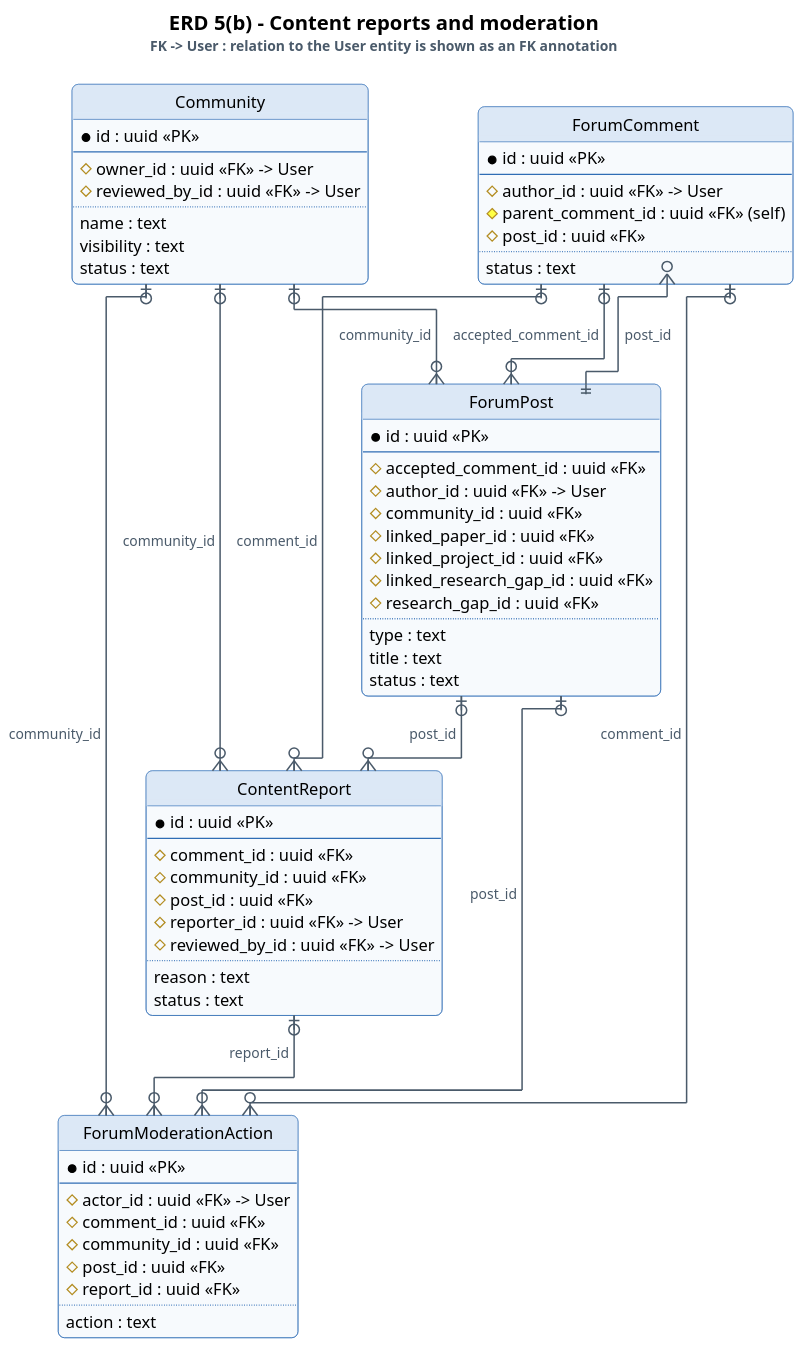
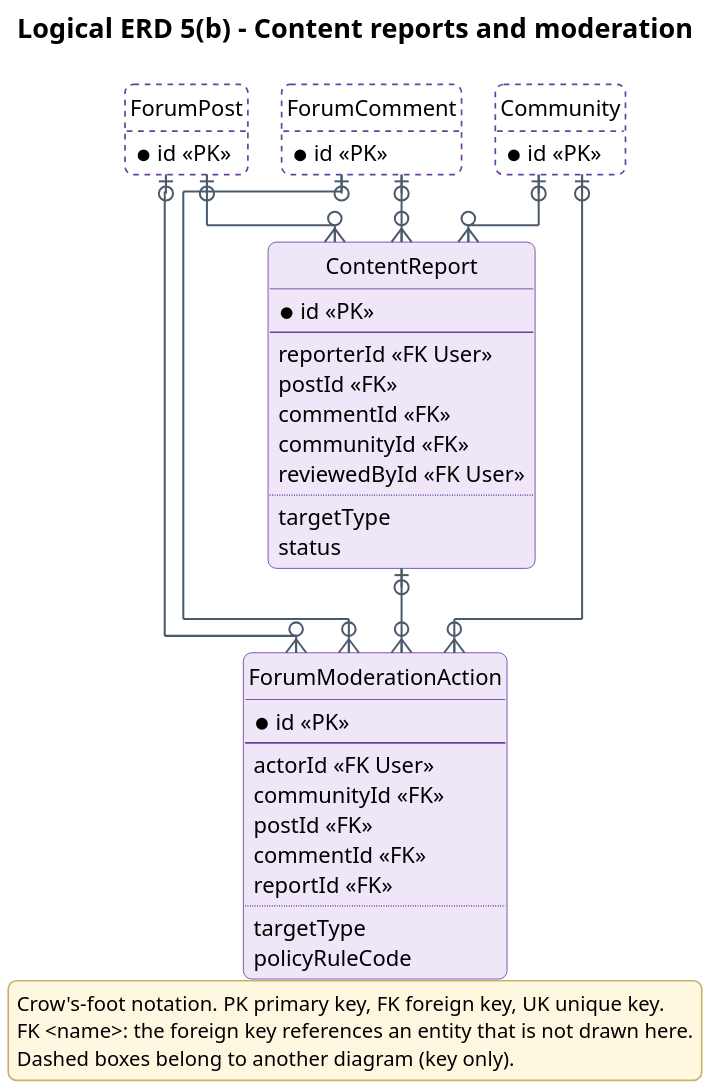
One commit to Khoa-Hoa-Technology-Solution-Company/lumi-gap changed the diagram in docs/diagrams/report3/R3_ERD5b_Moderation.puml. Above: the diagram before and after it, drawn with PlantUML. The commit also changed 327 other files, not shown here.

First line of the commit message:
docs: update report diagram sources to main ca8fe4d

```diff
--- a/docs/diagrams/report3/R3_ERD5b_Moderation.puml
+++ b/docs/diagrams/report3/R3_ERD5b_Moderation.puml
@@ -1,116 +1,73 @@
 @startuml
 !pragma layout elk
-skinparam dpi 150
+skinparam dpi 200
 skinparam defaultFontName "Segoe UI"
 skinparam defaultFontSize 13
 skinparam shadowing false
 skinparam roundCorner 10
+skinparam backgroundColor #FFFFFF
 skinparam ArrowColor #4A5A6A
 skinparam ArrowThickness 1.2
-skinparam BorderColor #2F6DB5
-skinparam BackgroundColor #FFFFFF
+skinparam ArrowFontSize 12
+skinparam ArrowFontColor #4A5A6A
 skinparam TitleFontSize 16
 skinparam TitleFontStyle bold
-skinparam usecase {
-  BackgroundColor #EAF2FB
-  BorderColor #2F6DB5
+skinparam entity {
+  BackgroundColor #EFE6F8
+  BorderColor #6A3FA0
 }
-skinparam actor {
-  BackgroundColor #FFFFFF
-  BorderColor #1B2A3A
+skinparam legend {
+  BackgroundColor #FFF8E1
+  BorderColor #C9B36B
+  FontSize 12
 }
-skinparam entity {
-  BackgroundColor #F7FAFD
-  BorderColor #2F6DB5
-}
-skinparam rectangle {
-  BackgroundColor #F7F9FC
-  BorderColor #2F6DB5
-}
-
+skinparam stereotypeFontSize 10
 hide circle
 hide empty methods
-skinparam ArrowFontSize 11
-skinparam ArrowFontColor #4A5A6A
-skinparam class {
-  BackgroundColor #F7FAFD
-  BorderColor #2F6DB5
-  HeaderBackgroundColor #DCE8F6
+title Logical ERD 5(b) - Content reports and moderation
+entity ContentReport #EFE6F8;line:6A3FA0 {
+  * id <<PK>>
+  --
+  reporterId <<FK User>>
+  postId <<FK>>
+  commentId <<FK>>
+  communityId <<FK>>
+  reviewedById <<FK User>>
+  ..
+  targetType
+  status
 }
-skinparam entity {
-  BackgroundColor #F7FAFD
-  BorderColor #2F6DB5
+entity ForumModerationAction #EFE6F8;line:6A3FA0 {
+  * id <<PK>>
+  --
+  actorId <<FK User>>
+  communityId <<FK>>
+  postId <<FK>>
+  commentId <<FK>>
+  reportId <<FK>>
+  ..
+  targetType
+  policyRuleCode
 }
-skinparam stereotypeFontSize 10
-title
-ERD 5(b) - Content reports and moderation
-<size:11><color:#4A5A6A>FK -> User : relation to the User entity is shown as an FK annotation</color></size>
-end title
-entity Community {
-  * id : uuid <<PK>>
-  --
-  # owner_id : uuid <<FK>> -> User
-  # reviewed_by_id : uuid <<FK>> -> User
-  ..
-  name : text
-  visibility : text
-  status : text
+entity Community #FFFFFF;line:6A3FA0;line.dashed {
+  * id <<PK>>
 }
-entity ForumPost {
-  * id : uuid <<PK>>
-  --
-  # accepted_comment_id : uuid <<FK>>
-  # author_id : uuid <<FK>> -> User
-  # community_id : uuid <<FK>>
-  # linked_paper_id : uuid <<FK>>
-  # linked_project_id : uuid <<FK>>
-  # linked_research_gap_id : uuid <<FK>>
-  # research_gap_id : uuid <<FK>>
-  ..
-  type : text
-  title : text
-  status : text
+entity ForumPost #FFFFFF;line:6A3FA0;line.dashed {
+  * id <<PK>>
 }
-entity ForumComment {
-  * id : uuid <<PK>>
-  --
-  # author_id : uuid <<FK>> -> User
-  # parent_comment_id : uuid <<FK>> (self)
-  # post_id : uuid <<FK>>
-  ..
-  status : text
+entity ForumComment #FFFFFF;line:6A3FA0;line.dashed {
+  * id <<PK>>
 }
-entity ContentReport {
-  * id : uuid <<PK>>
-  --
-  # comment_id : uuid <<FK>>
-  # community_id : uuid <<FK>>
-  # post_id : uuid <<FK>>
-  # reporter_id : uuid <<FK>> -> User
-  # reviewed_by_id : uuid <<FK>> -> User
-  ..
-  reason : text
-  status : text
-}
-entity ForumModerationAction {
-  * id : uuid <<PK>>
-  --
-  # actor_id : uuid <<FK>> -> User
-  # comment_id : uuid <<FK>>
-  # community_id : uuid <<FK>>
-  # post_id : uuid <<FK>>
-  # report_id : uuid <<FK>>
-  ..
-  action : text
-}
-Community |o--o{ ForumPost : community_id
-ForumPost ||--o{ ForumComment : post_id
-ForumComment |o--o{ ForumPost : accepted_comment_id
-ForumPost |o--o{ ContentReport : post_id
-ForumComment |o--o{ ContentReport : comment_id
-Community |o--o{ ContentReport : community_id
-Community |o--o{ ForumModerationAction : community_id
-ForumPost |o--o{ ForumModerationAction : post_id
-ForumComment |o--o{ ForumModerationAction : comment_id
-ContentReport |o--o{ ForumModerationAction : report_id
+Community |o--o{ ContentReport
+Community |o--o{ ForumModerationAction
+ForumComment |o--o{ ContentReport
+ForumComment |o--o{ ForumModerationAction
+ContentReport |o--o{ ForumModerationAction
+ForumPost |o--o{ ContentReport
+ForumPost |o--o{ ForumModerationAction
+legend bottom
+Crow's-foot notation. PK primary key, FK foreign key, UK unique key.
+FK <name>: the foreign key references an entity that is not drawn here.
+Dashed boxes belong to another diagram (key only).
+endlegend
 @enduml
```
